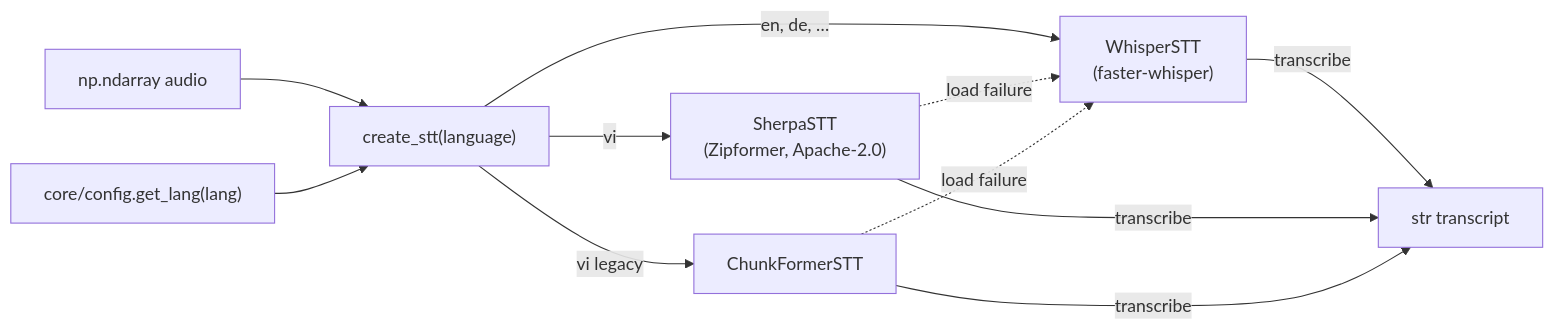
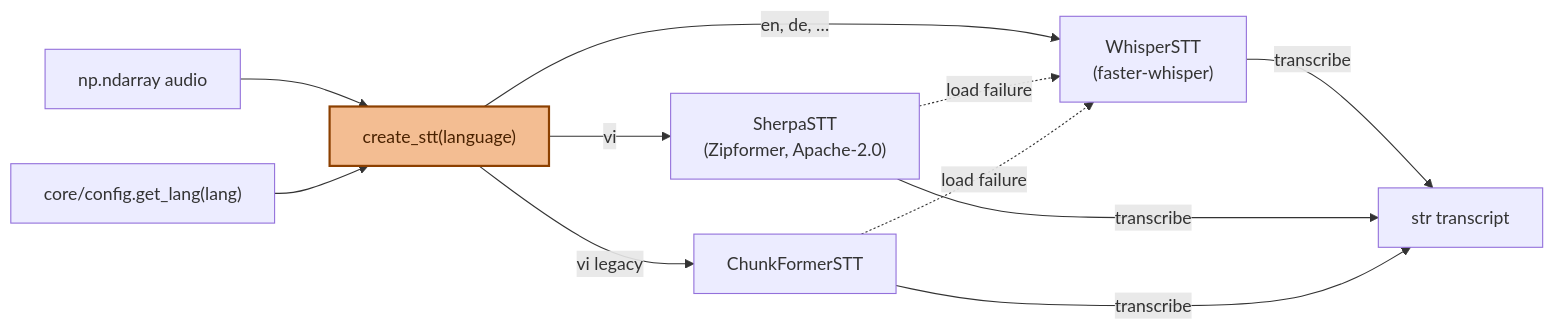
The third of 10 diagrams in docs/documentation/components.md (vietanhdev/edgevox), drawn with Mermaid before and after one commit. The commit also changed other lines of this file and 10 other files, not shown here.

````diff
--- a/docs/documentation/components.md
+++ b/docs/documentation/components.md
@@ -79,14 +83,16 @@
 ```mermaid
 flowchart LR
     AUDIO[np.ndarray audio] --> FACTORY["create_stt(language)"]
     CFG["core/config.get_lang(lang)"] --> FACTORY
 
     FACTORY -->|en, de, …| WHI["WhisperSTT<br/>(faster-whisper)"]
     FACTORY -->|vi| SHERPA["SherpaSTT<br/>(Zipformer, Apache-2.0)"]
     FACTORY -->|vi legacy| CHUNK["ChunkFormerSTT"]
 
     SHERPA -.->|load failure| WHI
     CHUNK -.->|load failure| WHI
 
     WHI & SHERPA & CHUNK -->|transcribe| TEXT[str transcript]
+    classDef focal fill:#f3bd92,stroke:#8c4000,color:#4a2200,stroke-width:2px
+    class FACTORY focal
 ```
````
